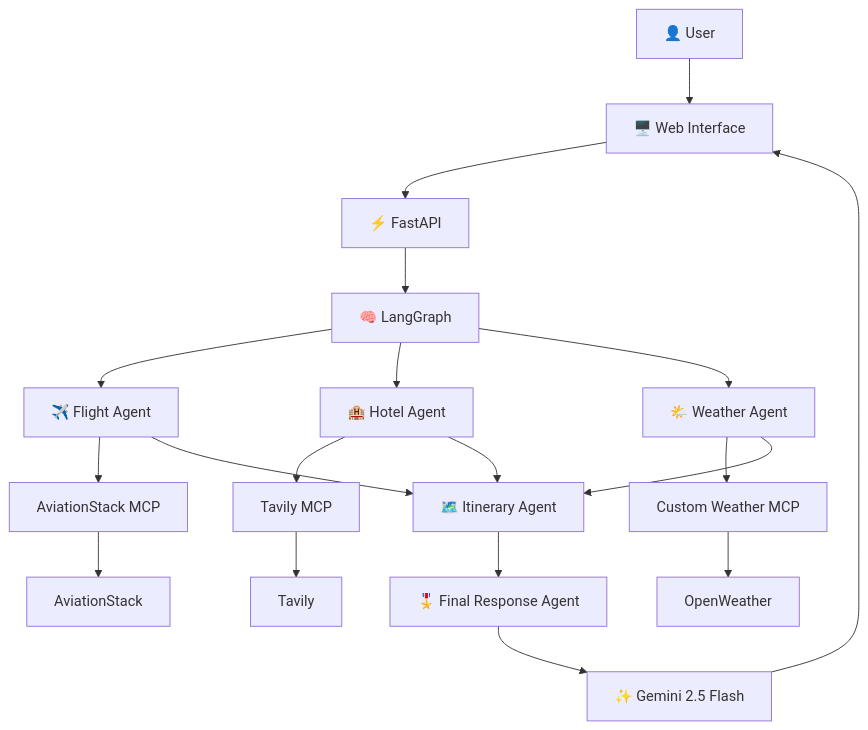
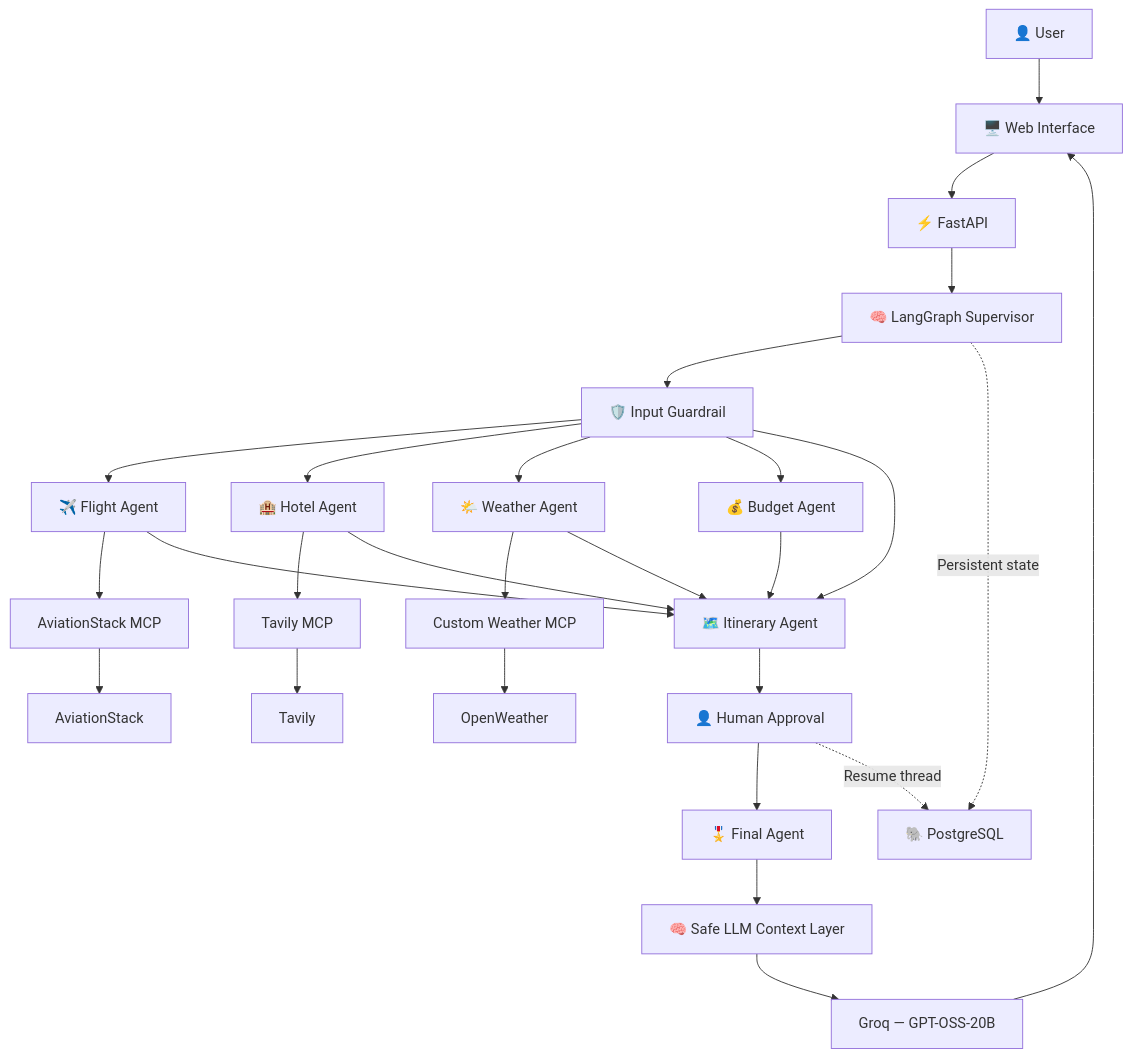
The diagram in README.md (Ravisidh36/Shogun-using-MCP), drawn with Mermaid before and after one commit. The commit also changed other lines of this file, not shown here.

Commit message:
Update README for current multi-agent architecture

````diff
--- a/README.md
+++ b/README.md
@@ -37,31 +39,36 @@
 ```mermaid
 flowchart TD
 
     U["👤 User"] --> F["🖥️ Web Interface"]
+    F --> API["⚡ FastAPI"]
+    API --> G["🧠 LangGraph Supervisor"]
 
-    F --> API["⚡ FastAPI"]
-
-    API --> G["🧠 LangGraph"]
-
-    G --> FA["✈️ Flight Agent"]
-    G --> HA["🏨 Hotel Agent"]
-    G --> WA["🌤️ Weather Agent"]
+    G --> GR["🛡️ Input Guardrail"]
+    GR --> FA["✈️ Flight Agent"]
+    GR --> HA["🏨 Hotel Agent"]
+    GR --> WA["🌤️ Weather Agent"]
+    GR --> BA["💰 Budget Agent"]
+    GR --> IA["🗺️ Itinerary Agent"]
 
     FA --> ASM["AviationStack MCP"]
     HA --> TM["Tavily MCP"]
     WA --> WM["Custom Weather MCP"]
 
     ASM --> EXT1["AviationStack"]
     TM --> EXT2["Tavily"]
     WM --> EXT3["OpenWeather"]
 
-    FA --> IA["🗺️ Itinerary Agent"]
+    FA --> IA
     HA --> IA
     WA --> IA
+    BA --> IA
 
-    IA --> FR["🎖️ Final Response Agent"]
+    IA --> HITL["👤 Human Approval"]
+    HITL --> FR["🎖️ Final Agent"]
+    FR --> SAFE["🧠 Safe LLM Context Layer"]
+    SAFE --> GROQ["Groq — GPT-OSS-20B"]
+    GROQ --> F
 
-    FR --> GEM["✨ Gemini 2.5 Flash"]
-
-    GEM --> F
+    G -. "Persistent state" .-> PG["🐘 PostgreSQL"]
+    HITL -. "Resume thread" .-> PG
 ```
````
